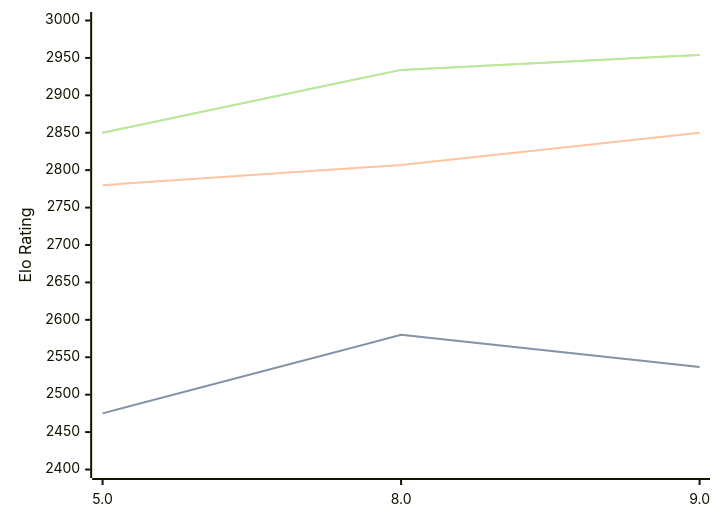
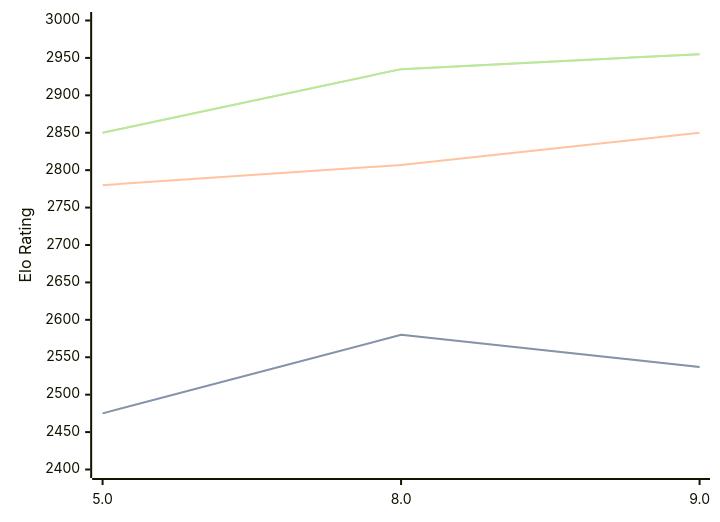
One commit to computer-chess-index/cci changed the third of 3 diagrams in engines/4kc.md. Above: the diagram before and after it, drawn with Mermaid. The commit also changed other lines of this file, not shown here.

Commit message:
Update CCI Ratings (ELO VLTC) - 2026-07-11

````diff
--- a/engines/4kc.md
+++ b/engines/4kc.md
@@ -75,11 +75,11 @@
 ```mermaid
 %%{init: {"theme":"base","themeVariables":{"seriesColors:['#a3a3a3','#222221','#faa371']}}}%%
 xychart-beta
   x-axis ["5.0", "8.0", "9.0"]
   y-axis "Elo Rating" 2400 --> 3000
   line "STC (8.0+0.08s)" [2475, 2580, 2537]
   line "STC (8.0+0.08s)" [2475, 2580, 2537]
   line "LTC (60.0+0.60s)" [2780, 2807, 2850]
-  line "VLTC (2m24s+1.12s)" [2850, 2934, 2954]
-  line "VLTC (2m24s+1.12s)" [2850, 2934, 2954]
+  line "VLTC (2m24s+1.12s)" [2850, 2935, 2955]
+  line "VLTC (2m24s+1.12s)" [2850, 2935, 2955]
 ```
````
